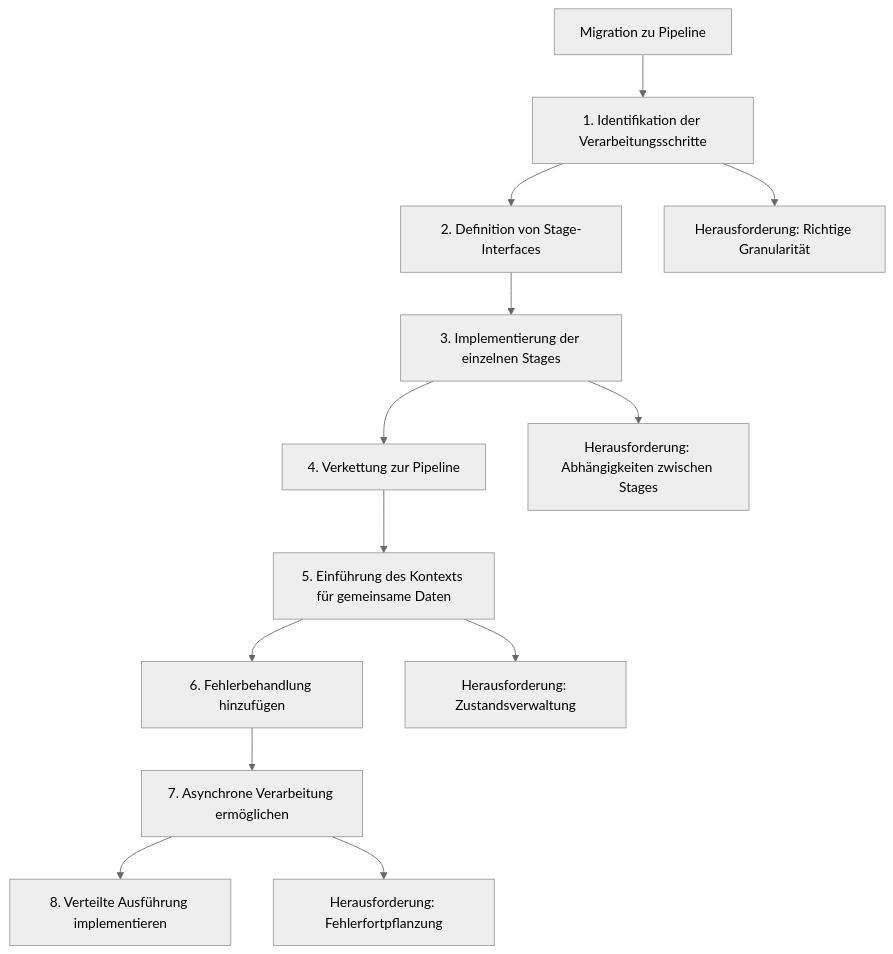
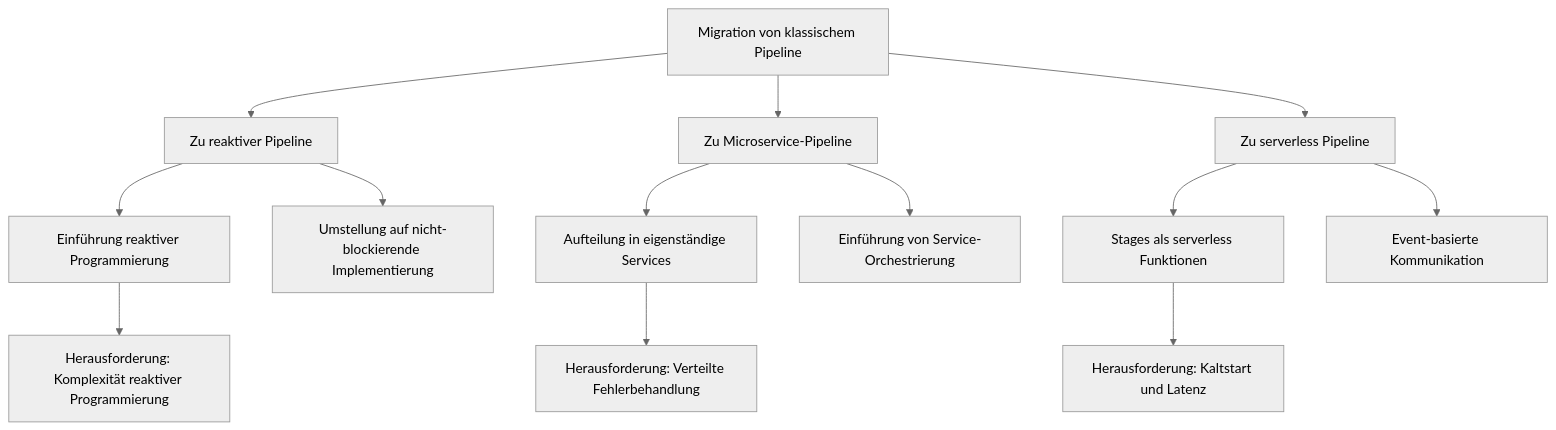
Before and after one commit to scimbe/VS_Pattern_By_KI: diagram 12 of 13 in Pipeline/docs/PATTERNS_COMPARISON.md, drawn with Mermaid (neutral theme). The commit also changed other lines of this file and 19 other files, not shown here.

````diff
--- a/Pipeline/docs/PATTERNS_COMPARISON.md
+++ b/Pipeline/docs/PATTERNS_COMPARISON.md
@@ -238,16 +242,19 @@
 ```mermaid
 graph TD
-    A[Migration zu Pipeline] --> B[1. Identifikation der Verarbeitungsschritte]
-    B --> C[2. Definition von Stage-Interfaces]
-    C --> D[3. Implementierung der einzelnen Stages]
-    D --> E[4. Verkettung zur Pipeline]
-    E --> F[5. Einführung des Kontexts für gemeinsame Daten]
-    F --> G[6. Fehlerbehandlung hinzufügen]
-    G --> H[7. Asynchrone Verarbeitung ermöglichen]
-    H --> I[8. Verteilte Ausführung implementieren]
+    A[Migration von klassischem Pipeline] --> B[Zu reaktiver Pipeline]
+    A --> C[Zu Microservice-Pipeline]
+    A --> D[Zu serverless Pipeline]
     
-    B --> J[Herausforderung: Richtige Granularität]
-    D --> K[Herausforderung: Abhängigkeiten zwischen Stages]
-    F --> L[Herausforderung: Zustandsverwaltung]
-    H --> M[Herausforderung: Fehlerfortpflanzung]
+    B --> B1[Einführung reaktiver Programmierung]
+    B --> B2[Umstellung auf nicht-blockierende Implementierung]
+    
+    C --> C1[Aufteilung in eigenständige Services]
+    C --> C2[Einführung von Service-Orchestrierung]
+    
+    D --> D1[Stages als serverless Funktionen]
+    D --> D2[Event-basierte Kommunikation]
+    
+    B1 --> E[Herausforderung: Komplexität reaktiver Programmierung]
+    C1 --> F[Herausforderung: Verteilte Fehlerbehandlung]
+    D1 --> G[Herausforderung: Kaltstart und Latenz]
 ```
````
